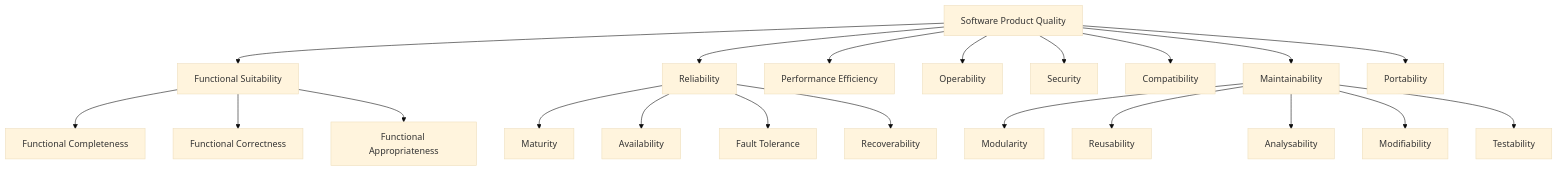
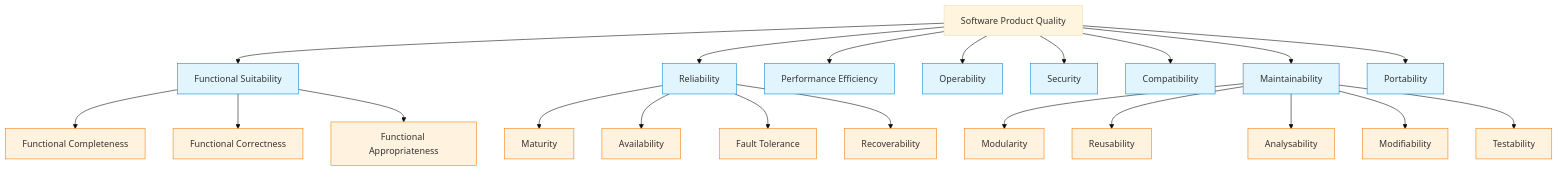
One commit to Raushan666java/ai-engineering-journey changed the third of 9 diagrams in docs/courses/software-engineering/09-quality-management.md. Above: the diagram before and after it, drawn with Mermaid (base theme). The commit also changed other lines of this file and 15 other files, not shown here.

Commit message:
deploy: software-engineering overhaul - 16 chapters expanded to avg 1284L (+7649L), richer Mermaid, more TS, deeper content

````diff
--- a/docs/courses/software-engineering/09-quality-management.md
+++ b/docs/courses/software-engineering/09-quality-management.md
@@ -84,26 +150,32 @@
 ```mermaid
 graph TD
     SW[Software Product Quality] --> FSU[Functional Suitability]
     SW --> REL[Reliability]
     SW --> PER[Performance Efficiency]
     SW --> OPE[Operability]
     SW --> SEC[Security]
     SW --> COM[Compatibility]
     SW --> MAI[Maintainability]
     SW --> POR[Portability]
     
     FSU --> FS1[Functional Completeness]
     FSU --> FS2[Functional Correctness]
     FSU --> FS3[Functional Appropriateness]
     
     REL --> RE1[Maturity]
     REL --> RE2[Availability]
     REL --> RE3[Fault Tolerance]
     REL --> RE4[Recoverability]
     
     MAI --> MA1[Modularity]
     MAI --> MA2[Reusability]
     MAI --> MA3[Analysability]
     MAI --> MA4[Modifiability]
     MAI --> MA5[Testability]
+    
+    classDef cat fill:#e1f5fe,stroke:#0288d1
+    classDef sub fill:#fff3e0,stroke:#f57c00
+    
+    class FSU,REL,PER,OPE,SEC,COM,MAI,POR cat
+    class FS1,FS2,FS3,RE1,RE2,RE3,RE4,MA1,MA2,MA3,MA4,MA5 sub
 ```
````
